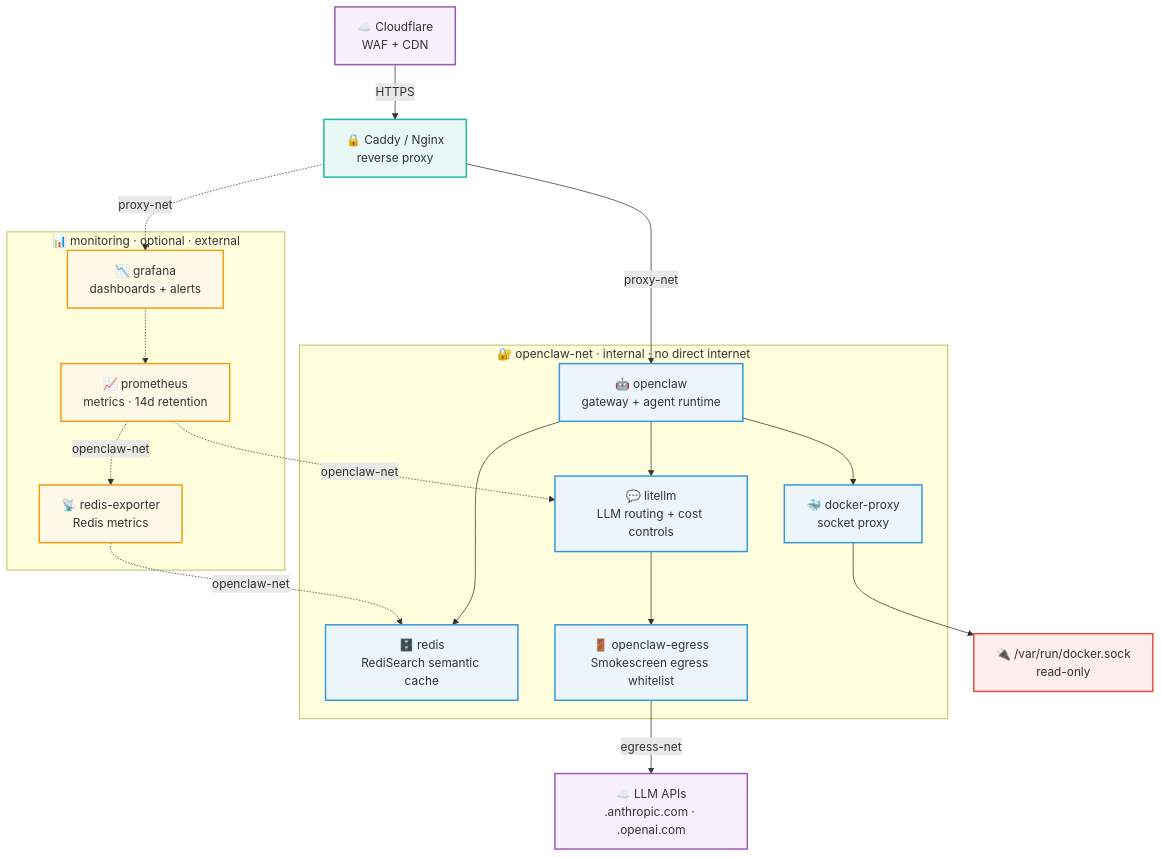
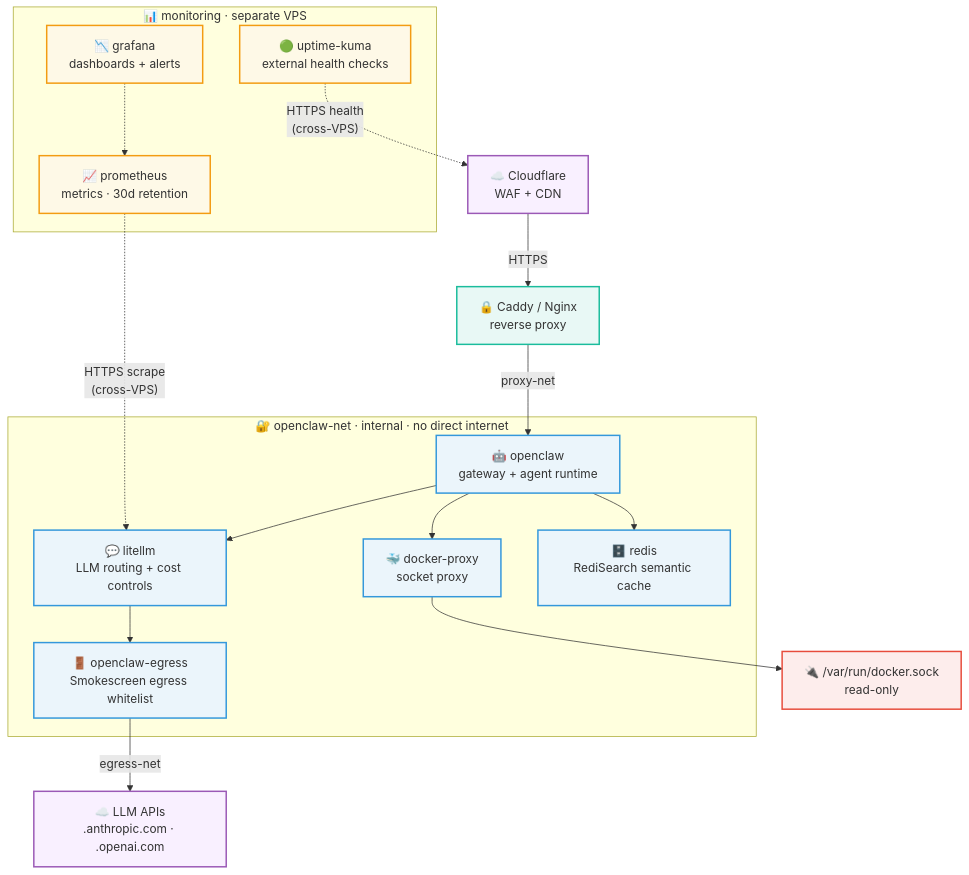
The diagram in README.md (droxey/captainclaw), drawn with Mermaid before and after one commit. The commit also changed other lines of this file and 4 other files, not shown here.

Commit message:
Update README, docs, templates: monitoring runs on separate VPS only

````diff
--- a/README.md
+++ b/README.md
@@ -153,48 +152,46 @@
 ```mermaid
 graph TB
     CF["☁️ Cloudflare<br/>WAF + CDN"]
     PROXY["🔒 Caddy / Nginx<br/>reverse proxy"]
 
     subgraph INTERNAL ["🔐 openclaw-net · internal · no direct internet"]
         GW["🤖 openclaw<br/>gateway + agent runtime"]
         DP["🐳 docker-proxy<br/>socket proxy"]
         LLM["💬 litellm<br/>LLM routing + cost controls"]
         REDIS["🗄️ redis<br/>RediSearch semantic cache"]
         EGRESS["🚪 openclaw-egress<br/>Smokescreen egress whitelist"]
     end
 
-    subgraph MON ["📊 monitoring · optional · external"]
-        PROM["📈 prometheus<br/>metrics · 14d retention"]
+    subgraph MONVPS ["📊 monitoring · separate VPS"]
+        PROM["📈 prometheus<br/>metrics · 30d retention"]
         GRAF["📉 grafana<br/>dashboards + alerts"]
-        REXP["📡 redis-exporter<br/>Redis metrics"]
+        UKUMA["🟢 uptime-kuma<br/>external health checks"]
     end
 
     SOCK["🔌 /var/run/docker.sock<br/>read-only"]
     LLMAPI["☁️ LLM APIs<br/>.anthropic.com · .openai.com"]
 
     CF -->|HTTPS| PROXY
     PROXY -->|proxy-net| GW
-    PROXY -.->|proxy-net| GRAF
     GW --> DP
     GW --> LLM
     GW --> REDIS
     LLM --> EGRESS
     DP --> SOCK
     EGRESS -->|egress-net| LLMAPI
-    PROM -.->|openclaw-net| LLM
-    PROM -.->|openclaw-net| REXP
-    REXP -.->|openclaw-net| REDIS
+    PROM -.->|"HTTPS scrape<br/>(cross-VPS)"| LLM
+    UKUMA -.->|"HTTPS health<br/>(cross-VPS)"| CF
     GRAF -.-> PROM
 
     classDef external fill:#f9f0ff,stroke:#9b59b6,stroke-width:2px,color:#333
     classDef proxy fill:#e8f8f5,stroke:#1abc9c,stroke-width:2px,color:#333
     classDef core fill:#ebf5fb,stroke:#3498db,stroke-width:2px,color:#333
     classDef monitor fill:#fef9e7,stroke:#f39c12,stroke-width:2px,color:#333
     classDef infra fill:#fdedec,stroke:#e74c3c,stroke-width:2px,color:#333
 
     class CF,LLMAPI external
     class PROXY proxy
     class GW,DP,LLM,REDIS,EGRESS core
-    class PROM,GRAF,REXP monitor
+    class PROM,GRAF,UKUMA monitor
     class SOCK infra
 ```
````
